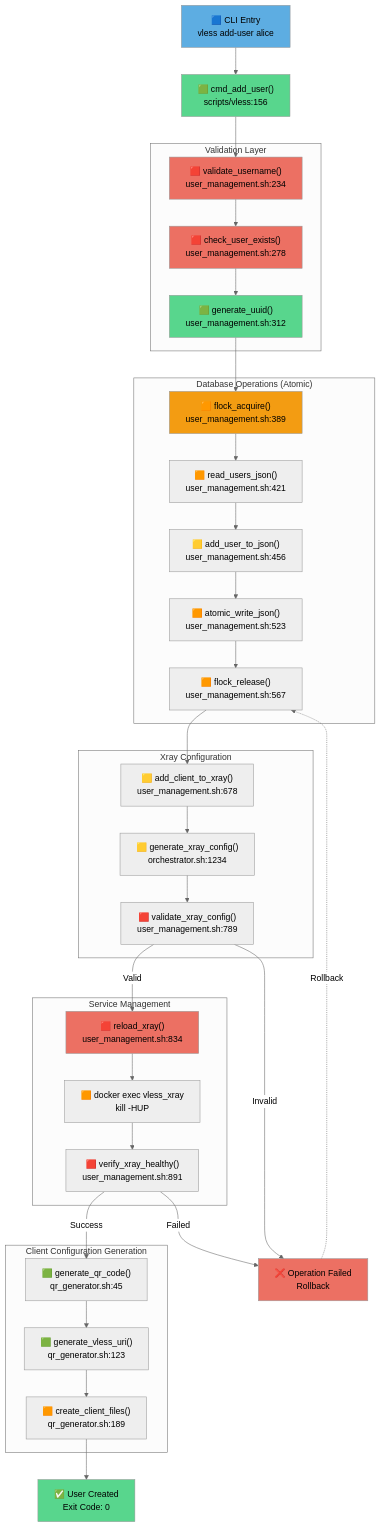
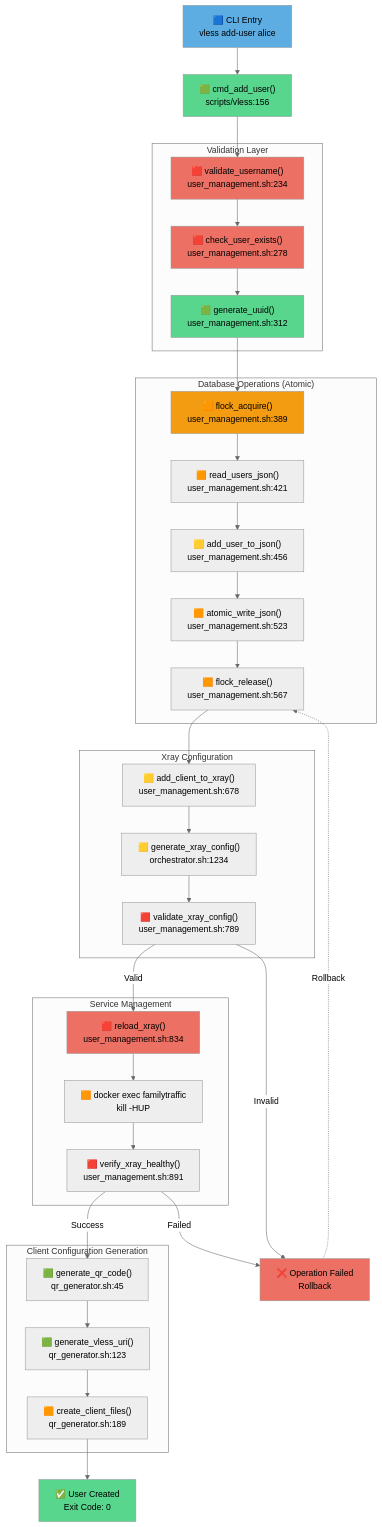
The first of 8 diagrams in docs/architecture/diagrams/dependencies/runtime-call-chains.md (ikeniborn/vless), drawn with Mermaid (neutral theme) before and after one commit. The commit also changed other lines of this file and 66 other files, not shown here.

First line of the commit message:
refactor(rename): replace old project name 'vless' with 'familytraffic'

````diff
--- a/docs/architecture/diagrams/dependencies/runtime-call-chains.md
+++ b/docs/architecture/diagrams/dependencies/runtime-call-chains.md
@@ -40,80 +40,80 @@
 ```mermaid
 graph TB
     CLI["🟦 CLI Entry<br/>vless add-user alice"]
     CMD["🟩 cmd_add_user()<br/>scripts/vless:156"]
 
     subgraph "Validation Layer"
         VAL1["🟥 validate_username()<br/>user_management.sh:234"]
         VAL2["🟥 check_user_exists()<br/>user_management.sh:278"]
         VAL3["🟩 generate_uuid()<br/>user_management.sh:312"]
     end
 
     subgraph "Database Operations (Atomic)"
         LOCK["🟧 flock_acquire()<br/>user_management.sh:389"]
         READ["🟧 read_users_json()<br/>user_management.sh:421"]
         ADD["🟨 add_user_to_json()<br/>user_management.sh:456"]
         WRITE["🟧 atomic_write_json()<br/>user_management.sh:523"]
         UNLOCK["🟧 flock_release()<br/>user_management.sh:567"]
     end
 
     subgraph "Xray Configuration"
         ADDCLIENT["🟨 add_client_to_xray()<br/>user_management.sh:678"]
         GENCONFIG["🟨 generate_xray_config()<br/>orchestrator.sh:1234"]
         VALIDATE["🟥 validate_xray_config()<br/>user_management.sh:789"]
     end
 
     subgraph "Service Management"
         RELOAD["🟥 reload_xray()<br/>user_management.sh:834"]
-        DOCKEREXEC["🟧 docker exec vless_xray<br/>kill -HUP"]
+        DOCKEREXEC["🟧 docker exec familytraffic<br/>kill -HUP"]
         VERIFY["🟥 verify_xray_healthy()<br/>user_management.sh:891"]
     end
 
     subgraph "Client Configuration Generation"
         GENQR["🟩 generate_qr_code()<br/>qr_generator.sh:45"]
         GENURI["🟩 generate_vless_uri()<br/>qr_generator.sh:123"]
         GENFILES["🟧 create_client_files()<br/>qr_generator.sh:189"]
     end
 
     SUCCESS["✅ User Created<br/>Exit Code: 0"]
     FAIL["❌ Operation Failed<br/>Rollback"]
 
     CLI --> CMD
     CMD --> VAL1
     VAL1 --> VAL2
     VAL2 --> VAL3
     VAL3 --> LOCK
 
     LOCK --> READ
     READ --> ADD
     ADD --> WRITE
     WRITE --> UNLOCK
 
     UNLOCK --> ADDCLIENT
     ADDCLIENT --> GENCONFIG
     GENCONFIG --> VALIDATE
 
     VALIDATE -->|Valid| RELOAD
     VALIDATE -->|Invalid| FAIL
 
     RELOAD --> DOCKEREXEC
     DOCKEREXEC --> VERIFY
 
     VERIFY -->|Success| GENQR
     VERIFY -->|Failed| FAIL
 
     GENQR --> GENURI
     GENURI --> GENFILES
     GENFILES --> SUCCESS
 
     FAIL -.->|Rollback| UNLOCK
 
     style CLI fill:#5dade2
     style CMD fill:#58d68d
     style VAL1 fill:#ec7063
     style VAL2 fill:#ec7063
     style VAL3 fill:#58d68d
     style LOCK fill:#f39c12
     style RELOAD fill:#ec7063
     style SUCCESS fill:#58d68d
     style FAIL fill:#ec7063
 ```
````
